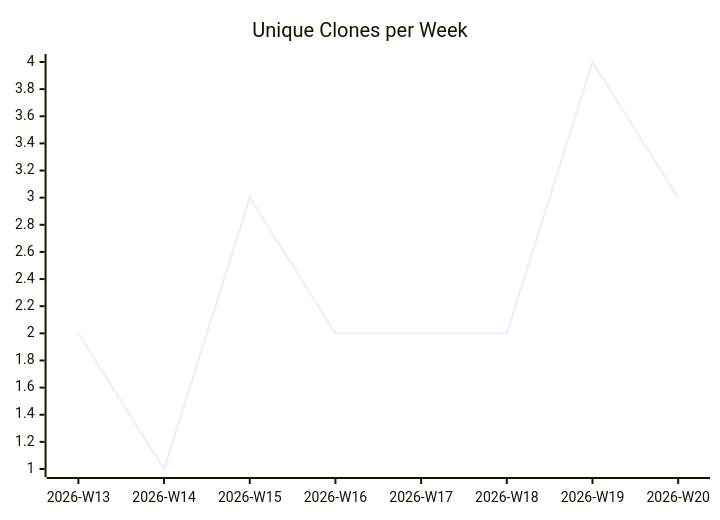
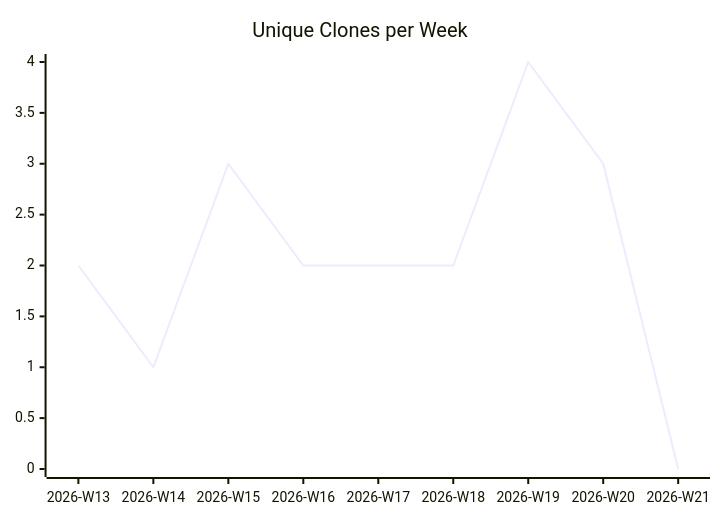
Before and after one commit to justdavis-family/github-analytics-data: the third of 3 diagrams in karlmdavis/kobjects/README.md, drawn with Mermaid. The commit also changed other lines of this file and 189 other files, not shown here.

````diff
--- a/karlmdavis/kobjects/README.md
+++ b/karlmdavis/kobjects/README.md
@@ -19,6 +19,6 @@
 ```mermaid
 xychart-beta
   title "Unique Clones per Week"
-  x-axis ["2026-W13", "2026-W14", "2026-W15", "2026-W16", "2026-W17", "2026-W18", "2026-W19", "2026-W20"]
-  line [2, 1, 3, 2, 2, 2, 4, 3]
+  x-axis ["2026-W13", "2026-W14", "2026-W15", "2026-W16", "2026-W17", "2026-W18", "2026-W19", "2026-W20", "2026-W21"]
+  line [2, 1, 3, 2, 2, 2, 4, 3, 0]
 ```
````
